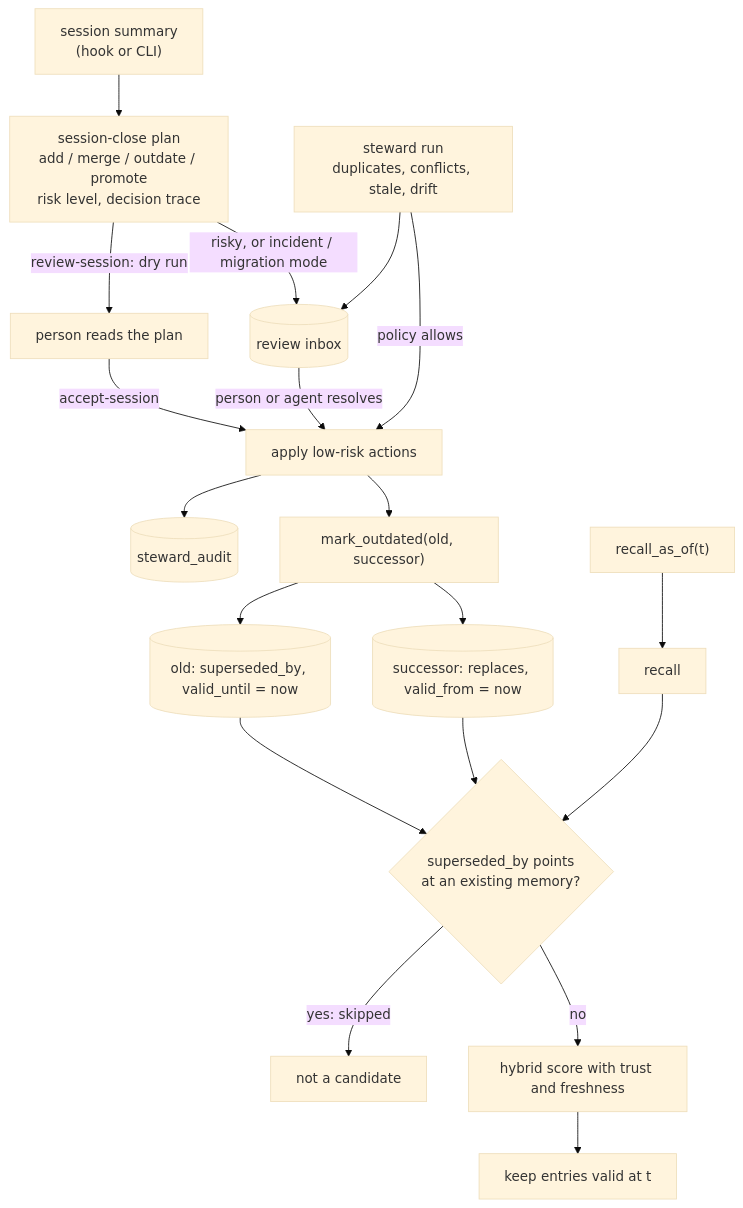
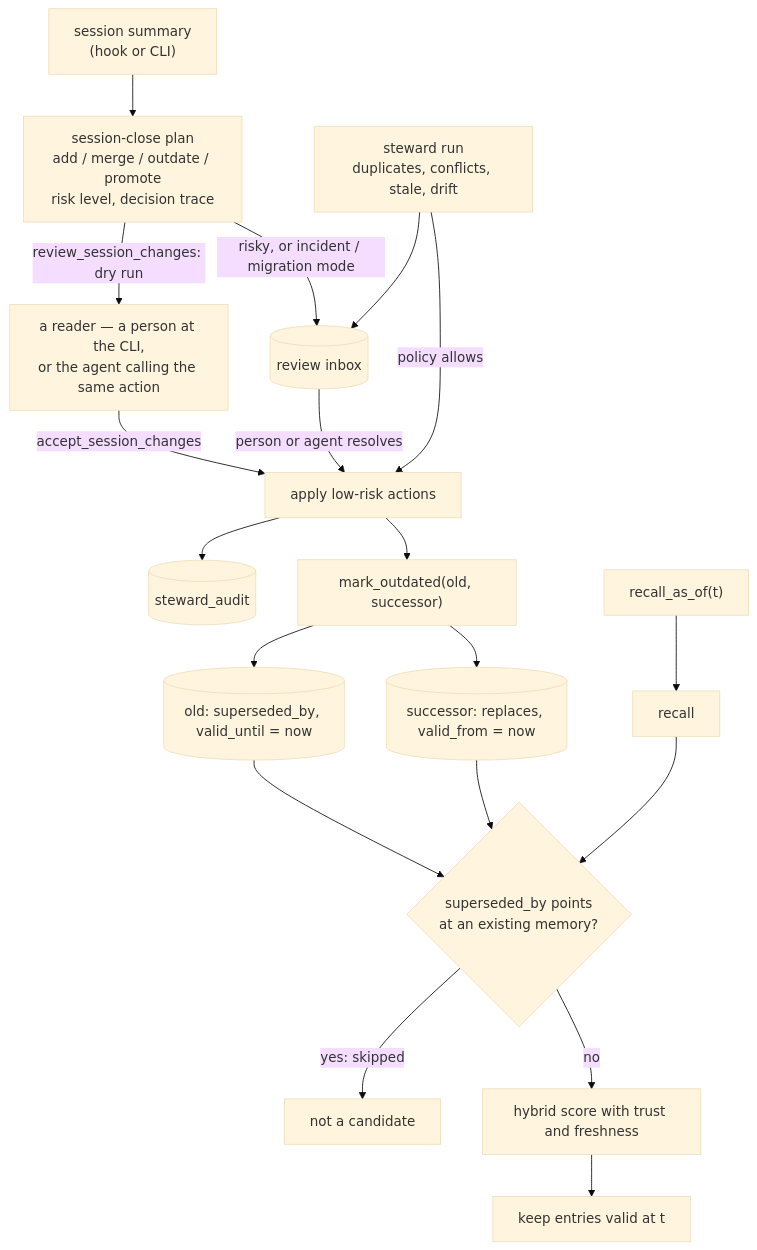
The diagram in content/systems/agent-memory-mcp.md (neoneye/agent-memory-atlas), drawn with Mermaid (base theme) before and after one commit. The commit also changed other lines of this file and 15 other files, not shown here.

First line of the commit message:
agent-memory-mcp audited at its unchanged pin: accept and resolve_review_item are on the model's own tool, so human_review is withdrawn

````diff
--- a/content/systems/agent-memory-mcp.md
+++ b/content/systems/agent-memory-mcp.md
@@ -92,22 +91,22 @@
 ```mermaid
 %% caption: supersession hides the old entry from recall, and recall_as_of filters recall's output, so the past version is never among its candidates
 flowchart TB
     SESSION["session summary<br/>(hook or CLI)"] --> PLAN["session-close plan<br/>add / merge / outdate / promote<br/>risk level, decision trace"]
-    PLAN -->|"review-session: dry run"| PERSON["person reads the plan"]
-    PERSON -->|"accept-session"| APPLY["apply low-risk actions"]
+    PLAN -->|"review_session_changes: dry run"| PERSON["a reader — a person at the CLI,<br/>or the agent calling the same action"]
+    PERSON -->|"accept_session_changes"| APPLY["apply low-risk actions"]
     PLAN -->|"risky, or incident / migration mode"| INBOX[("review inbox")]
     STEWARD["steward run<br/>duplicates, conflicts, stale, drift"] --> INBOX
     STEWARD -->|"policy allows"| APPLY
     APPLY --> AUDIT[("steward_audit")]
     INBOX -->|"person or agent resolves"| APPLY
     APPLY --> MO["mark_outdated(old, successor)"]
     MO --> OLD[("old: superseded_by, valid_until = now")]
     MO --> NEW[("successor: replaces, valid_from = now")]
     Q["recall"] --> HIDE{"superseded_by points<br/>at an existing memory?"}
     OLD --> HIDE
     NEW --> HIDE
     HIDE -->|"yes: skipped"| GONE["not a candidate"]
     HIDE -->|"no"| RANK["hybrid score with trust and freshness"]
     ASOF["recall_as_of(t)"] --> Q
     RANK --> WINDOW["keep entries valid at t"]
 ```
````
